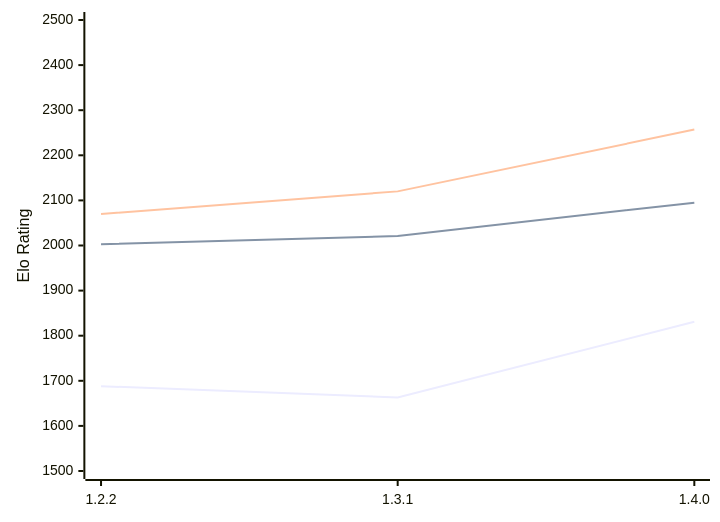
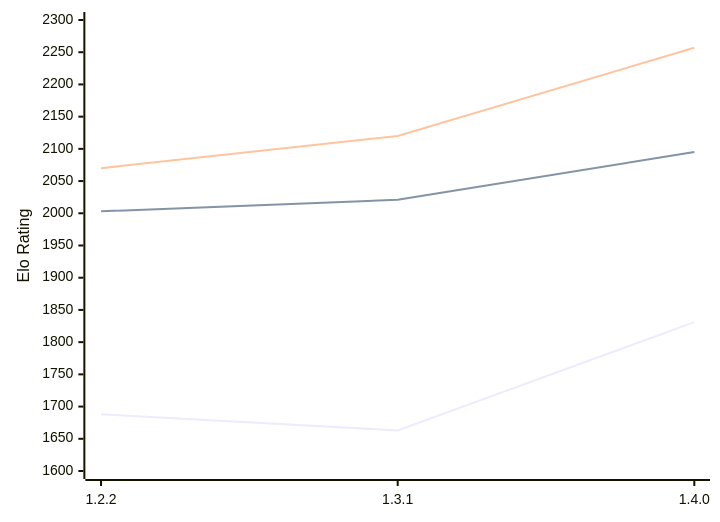
The diagram in engines/SoloEngine.md (computer-chess-index/cci), drawn with Mermaid before and after one commit. The commit also changed other lines of this file, not shown here.

Commit message:
Update CCI Ratings (ELO VLTC) - 2026-02-10

````diff
--- a/engines/SoloEngine.md
+++ b/engines/SoloEngine.md
@@ -30,9 +30,9 @@
 ```mermaid
 %%{init: {"theme":"base","themeVariables":{"seriesColors:['#a3a3a3','#222221','#faa371']}}}%%
 xychart-beta
   x-axis ["1.2.2", "1.3.1", "1.4.0"]
-  y-axis "Elo Rating" 1500 --> 2500
+  y-axis "Elo Rating" 1600 --> 2300
   line "STC (8.0+0.08s)" [1688, 1663, 1831]
   line "LTC (60.0+0.60s)" [2003, 2021, 2095]
   line "VLTC (2m24s+1.12s)" [2070, 2120, 2257]
 ```
````
